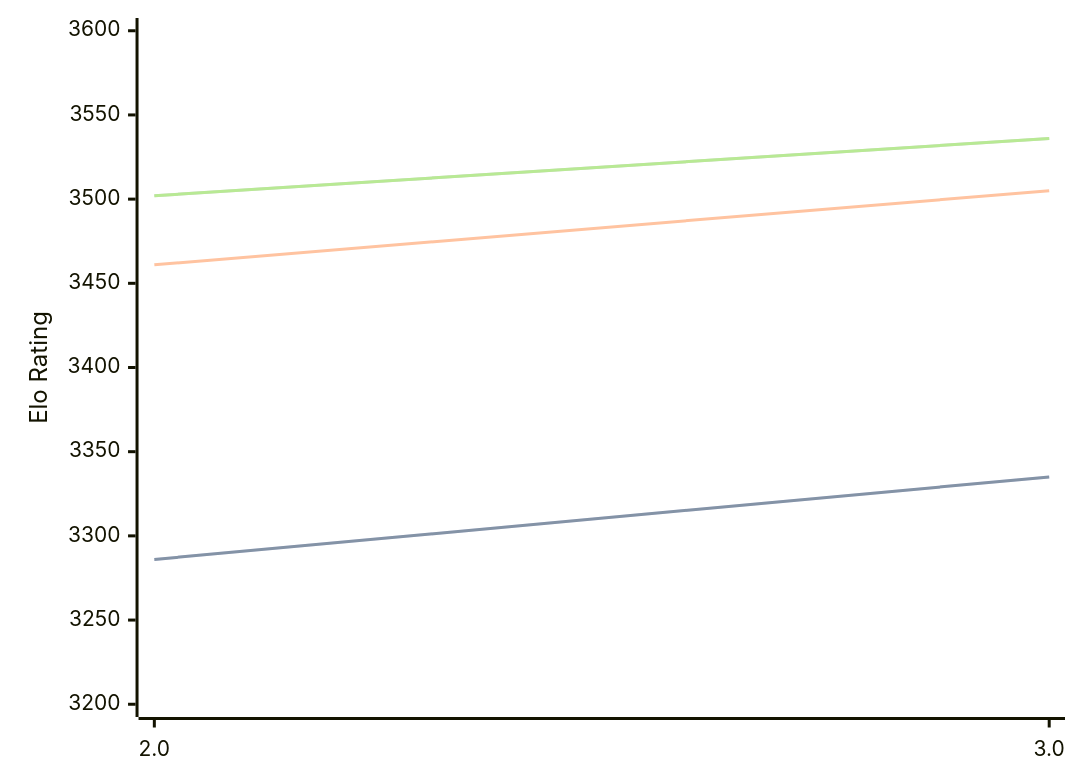
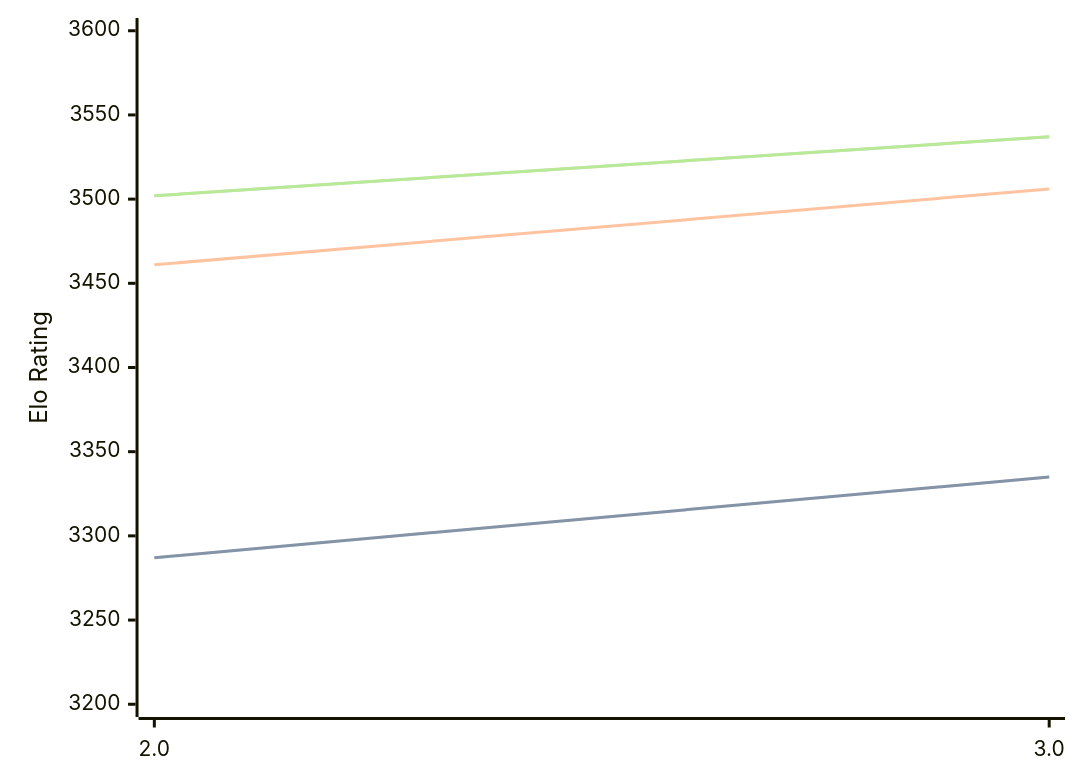
Before and after one commit to computer-chess-index/cci: the diagram in engines/Quanticade.md, drawn with Mermaid. The commit also changed other lines of this file, not shown here.

Commit message:
Update CCI Ratings (ELO VLTC) - 2026-07-31

````diff
--- a/engines/Quanticade.md
+++ b/engines/Quanticade.md
@@ -41,11 +41,11 @@
 ```mermaid
 %%{init: {"theme":"base","themeVariables":{"seriesColors:['#a3a3a3','#222221','#faa371']}}}%%
 xychart-beta
   x-axis ["2.0", "3.0"]
   y-axis "Elo Rating" 3200 --> 3600
-  line "STC (8.0+0.08s)" [3286, 3335]
-  line "STC (8.0+0.08s)" [3286, 3335]
-  line "LTC (60.0+0.60s)" [3461, 3505]
-  line "VLTC (2m24s+1.12s)" [3502, 3536]
-  line "VLTC (2m24s+1.12s)" [3502, 3536]
+  line "STC (8.0+0.08s)" [3287, 3335]
+  line "STC (8.0+0.08s)" [3287, 3335]
+  line "LTC (60.0+0.60s)" [3461, 3506]
+  line "VLTC (2m24s+1.12s)" [3502, 3537]
+  line "VLTC (2m24s+1.12s)" [3502, 3537]
 ```
````
